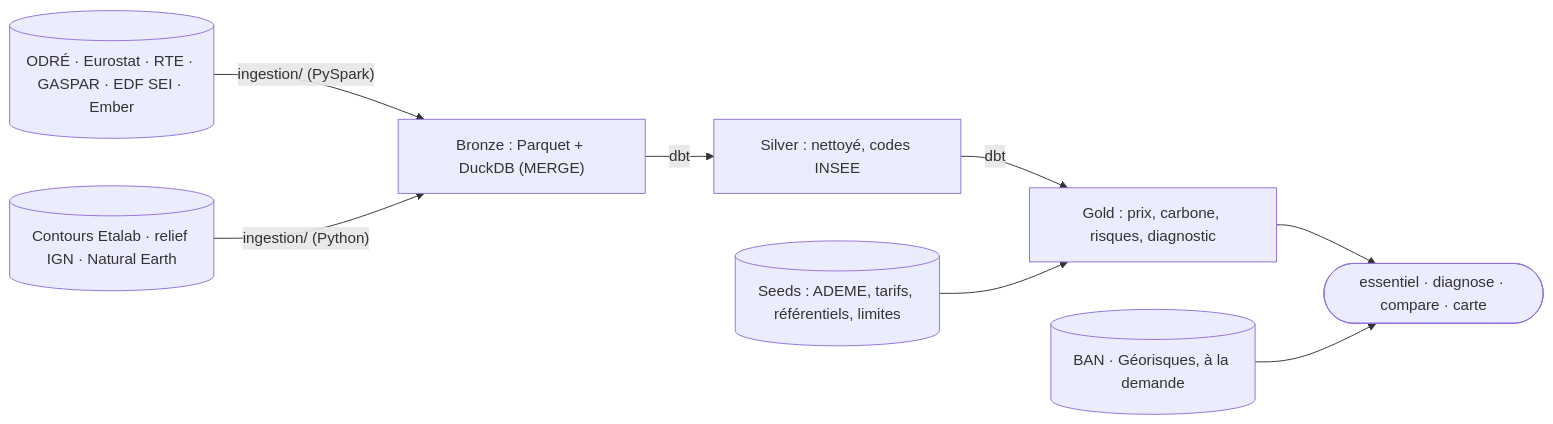
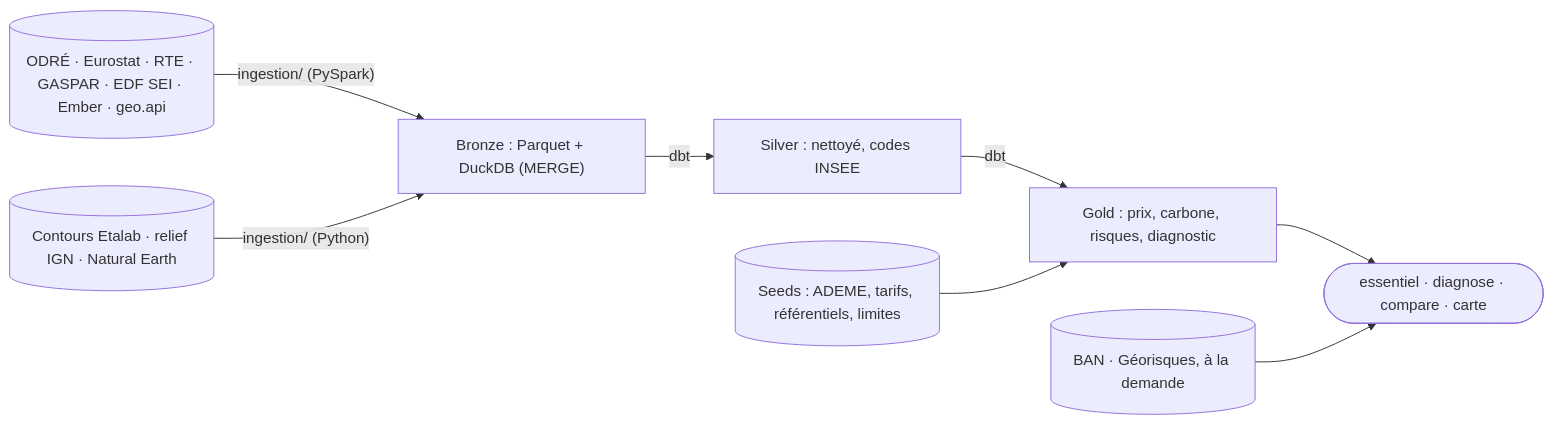
One commit to Elias-Ouafi/ou-brancher-mon-entreprise changed the diagram in README.md. Above: the diagram before and after it, drawn with Mermaid. The commit also changed other lines of this file and 16 other files, not shown here.

````diff
--- a/README.md
+++ b/README.md
@@ -106,10 +111,10 @@
 ```mermaid
 flowchart LR
-    SRC[("ODRÉ · Eurostat · RTE · GASPAR · EDF SEI · Ember")] -->|"ingestion/ (PySpark)"| B["Bronze : Parquet + DuckDB (MERGE)"]
+    SRC[("ODRÉ · Eurostat · RTE · GASPAR · EDF SEI · Ember · geo.api")] -->|"ingestion/ (PySpark)"| B["Bronze : Parquet + DuckDB (MERGE)"]
     B -->|dbt| S["Silver : nettoyé, codes INSEE"]
     S -->|dbt| G["Gold : prix, carbone, risques, diagnostic"]
     SEEDS[("Seeds : ADEME, tarifs, référentiels, limites")] --> G
     GEO[("Contours Etalab · relief IGN · Natural Earth")] -->|"ingestion/ (Python)"| B
     G --> CLI(["essentiel · diagnose · compare · carte"])
     BAN[("BAN · Géorisques, à la demande")] --> CLI
 ```
````
